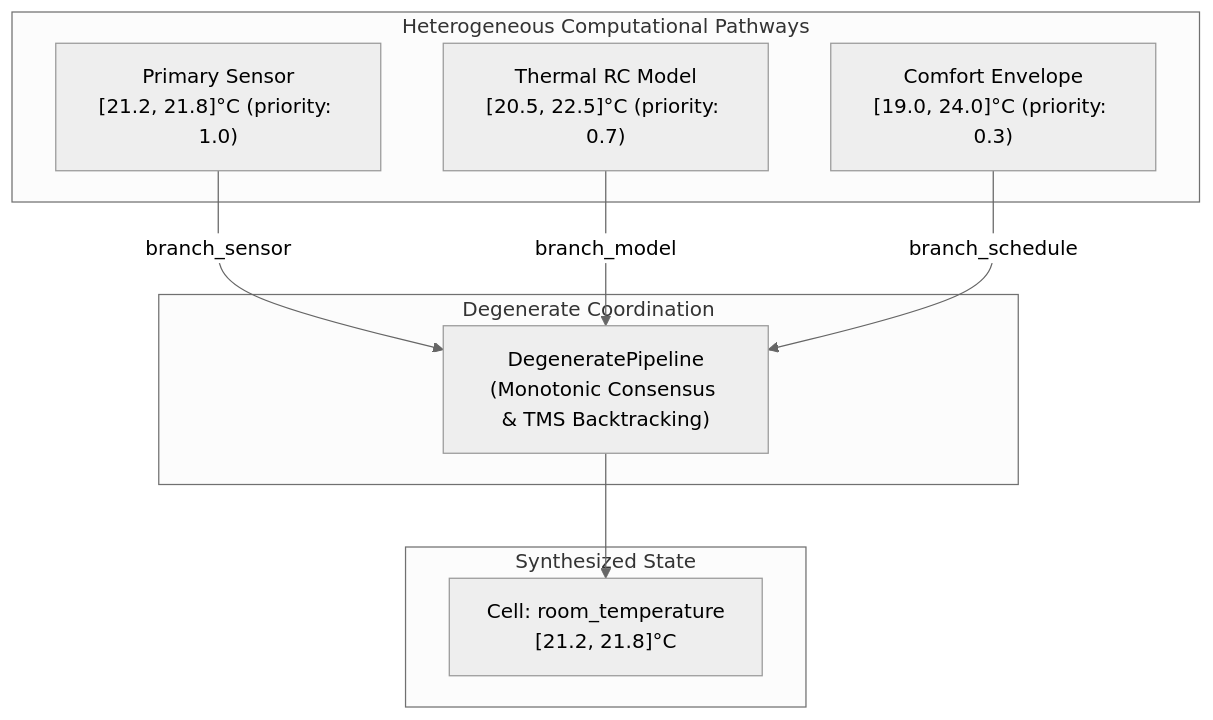
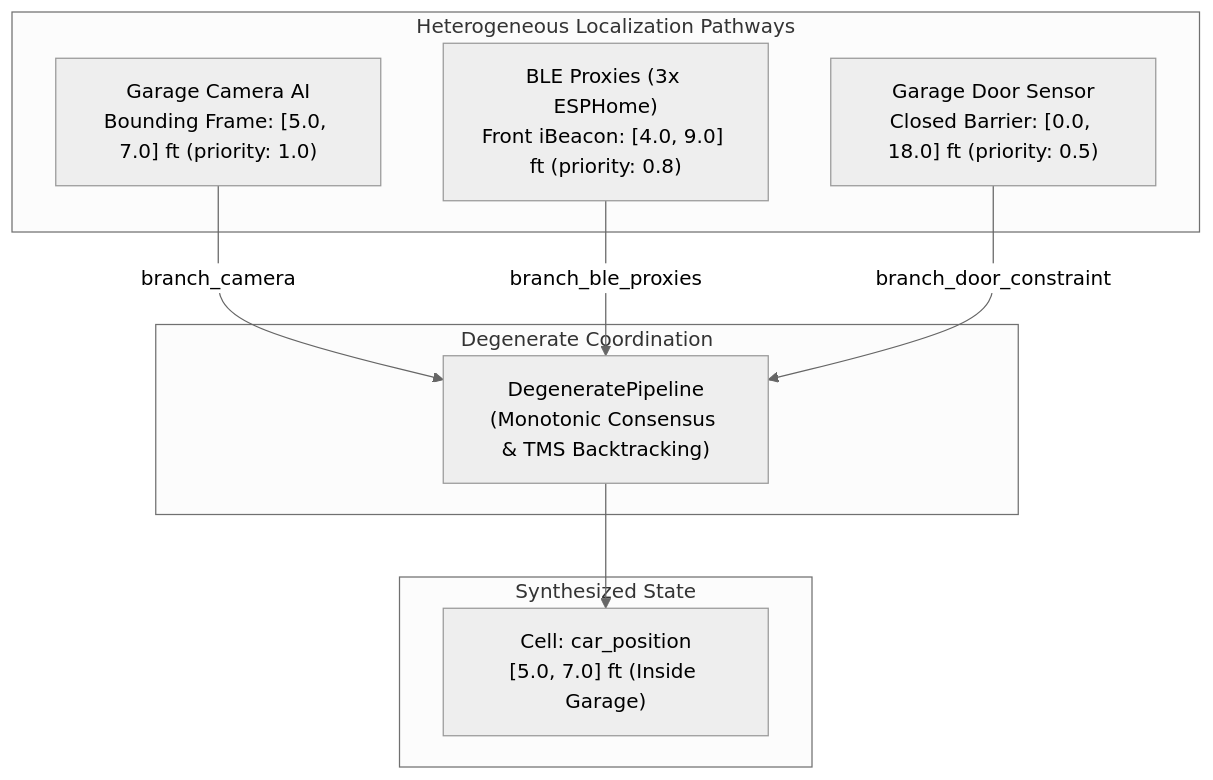
Before and after one commit to dougransom/lattice-propagator: the diagram in docs/examples/degenerate_estimation.md, drawn with Mermaid (neutral theme). The commit also changed other lines of this file and 2 other files, not shown here.

First line of the commit message:
docs(degenerate): update degenerate estimation to vehicle garage/driveway localization

````diff
--- a/docs/examples/degenerate_estimation.md
+++ b/docs/examples/degenerate_estimation.md
@@ -16,21 +16,21 @@
 ```mermaid
 graph TD
-    subgraph Pathways ["Heterogeneous Computational Pathways"]
-        Sensor["Primary Sensor<br/>[21.2, 21.8]°C (priority: 1.0)"]
-        RCModel["Thermal RC Model<br/>[20.5, 22.5]°C (priority: 0.7)"]
-        Schedule["Comfort Envelope<br/>[19.0, 24.0]°C (priority: 0.3)"]
+    subgraph Pathways ["Heterogeneous Localization Pathways"]
+        Camera["Garage Camera AI<br/>Bounding Frame: [5.0, 7.0] ft (priority: 1.0)"]
+        BLE["BLE Proxies (3x ESPHome)<br/>Front iBeacon: [4.0, 9.0] ft (priority: 0.8)"]
+        Door["Garage Door Sensor<br/>Closed Barrier: [0.0, 18.0] ft (priority: 0.5)"]
     end
 
     subgraph Pipeline ["Degenerate Coordination"]
         DegPipe["DegeneratePipeline<br/>(Monotonic Consensus & TMS Backtracking)"]
     end
 
     subgraph Target ["Synthesized State"]
-        TargetCell["Cell: room_temperature<br/>[21.2, 21.8]°C"]
+        TargetCell["Cell: car_position<br/>[5.0, 7.0] ft (Inside Garage)"]
     end
 
-    Sensor -->|branch_sensor| DegPipe
-    RCModel -->|branch_model| DegPipe
-    Schedule -->|branch_schedule| DegPipe
+    Camera -->|branch_camera| DegPipe
+    BLE -->|branch_ble_proxies| DegPipe
+    Door -->|branch_door_constraint| DegPipe
     DegPipe --> TargetCell
 ```
````
